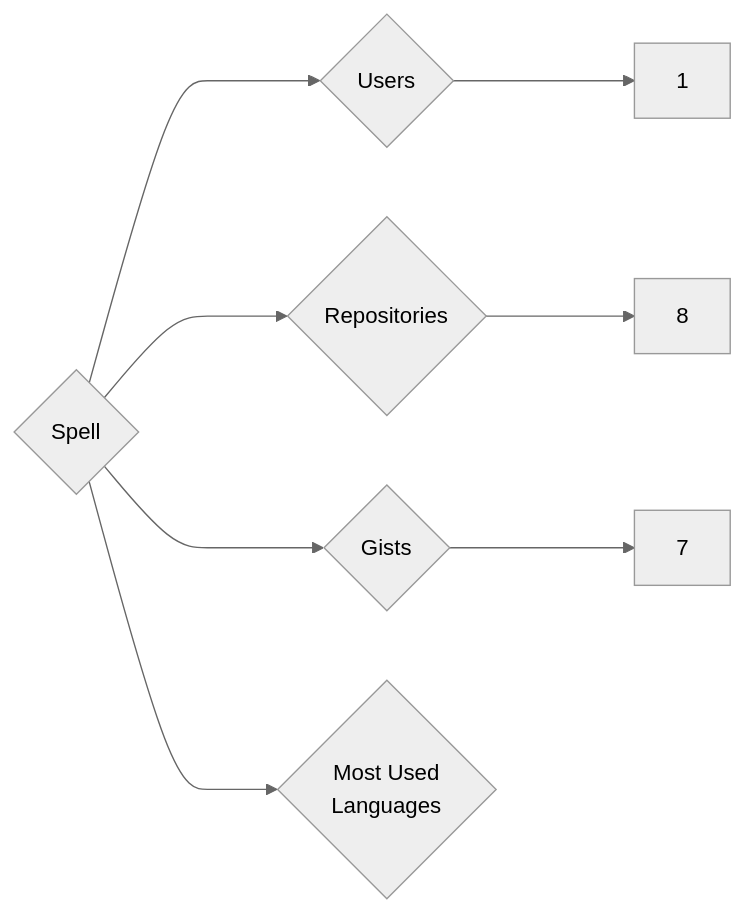
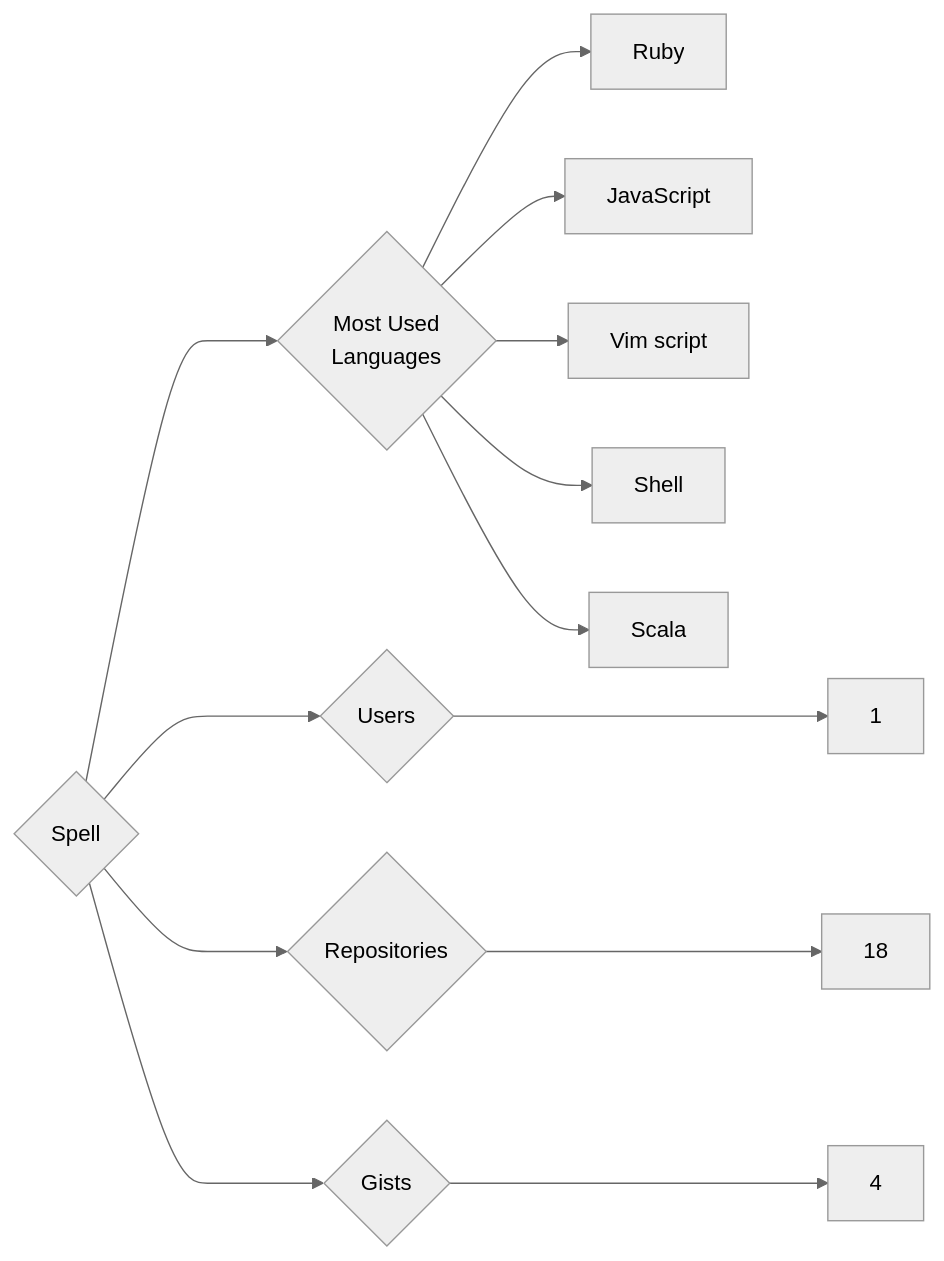
One commit to trickest/insiders changed the diagram in targets/Spell/README.md. Above: the diagram before and after it, drawn with Mermaid (neutral theme). The commit also changed 953 other files, not shown here.

````diff
--- a/targets/Spell/README.md
+++ b/targets/Spell/README.md
@@ -3,8 +3,13 @@
 ```mermaid
 graph LR
 COMPANY_NAME{Spell}
 COMPANY_NAME ---> U{Users} ---> UN[1]
-COMPANY_NAME ---> R{Repositories} ---> RN[8]
-COMPANY_NAME ---> G{Gists} ---> GN[7]
+COMPANY_NAME ---> R{Repositories} ---> RN[18]
+COMPANY_NAME ---> G{Gists} ---> GN[4]
 COMPANY_NAME ---> ML{Most Used<br>Languages}
+ML --> Ruby[Ruby]
+ML --> JavaScript[JavaScript]
+ML --> Vim_script[Vim script]
+ML --> Shell[Shell]
+ML --> Scala[Scala]
 ```
````
